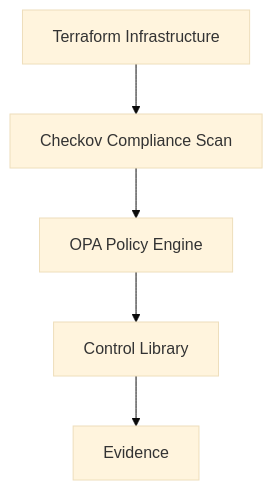
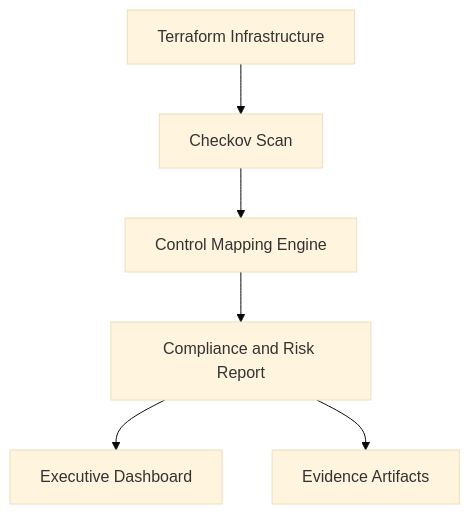
Before and after one commit to Jaymeso/grc-as-code-lab: the diagram in README.md, drawn with Mermaid (base theme). The commit also changed other lines of this file, not shown here.

````diff
--- a/README.md
+++ b/README.md
@@ -377,14 +94,8 @@
 ```mermaid
 flowchart TD
-
-A[Terraform Infrastructure]
-B[Checkov Compliance Scan]
-C[OPA Policy Engine]
-D[Control Library]
-E[Evidence]
-
-A --> B
-B --> C
-C --> D
-D --> E
-``` 
+    A["Terraform Infrastructure"] --> B["Checkov Scan"]
+    B --> C["Control Mapping Engine"]
+    C --> D["Compliance and Risk Report"]
+    D --> E["Executive Dashboard"]
+    D --> F["Evidence Artifacts"]
+```
````
